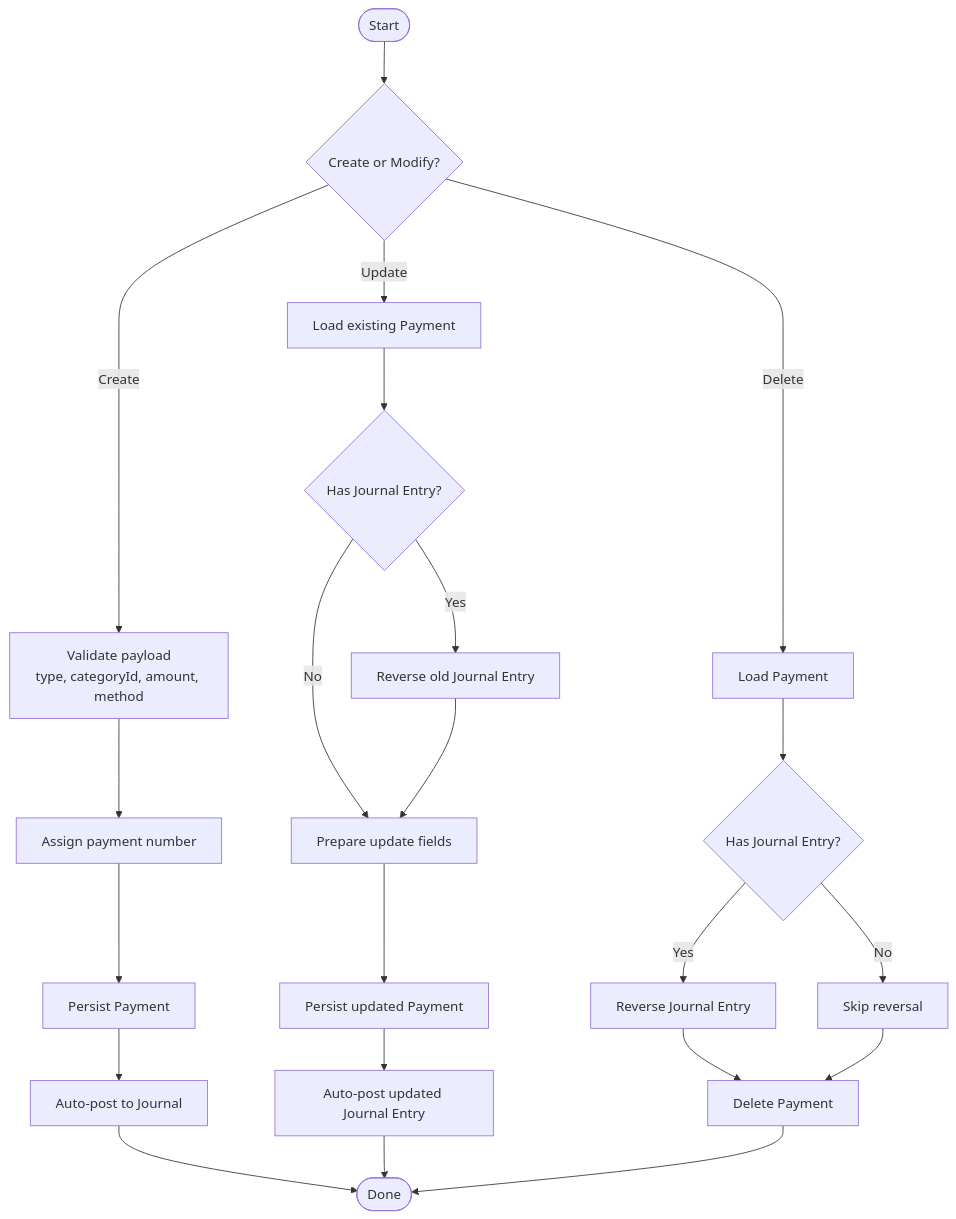
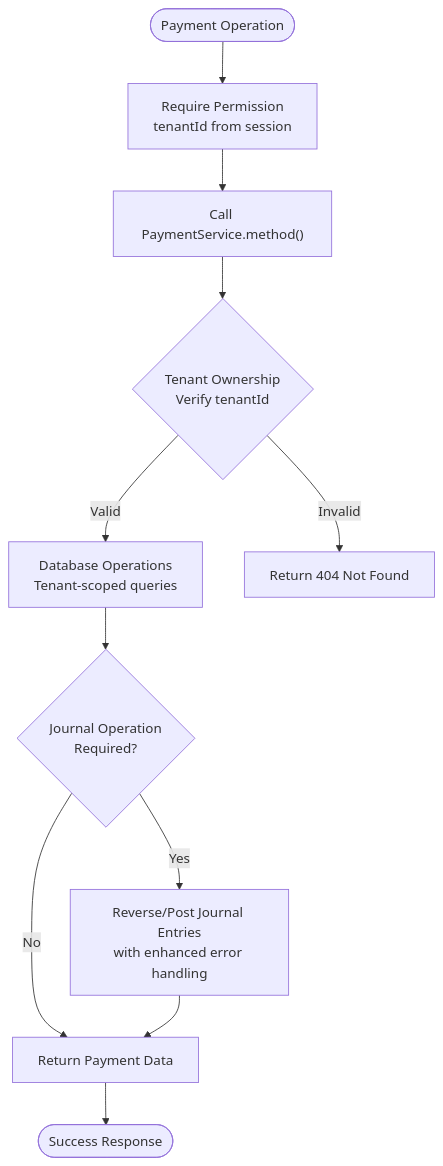
One commit to nzey11/erp-new changed the third of 5 diagrams in .qoder/repowiki/en/content/Finance Module/Payment Processing.md. Above: the diagram before and after it, drawn with Mermaid. The commit also changed other lines of this file and 46 other files, not shown here.

````diff
--- a/.qoder/repowiki/en/content/Finance Module/Payment Processing.md
+++ b/.qoder/repowiki/en/content/Finance Module/Payment Processing.md
@@ -158,24 +212,13 @@
 ```mermaid
 flowchart TD
-Start([Start]) --> CreateOrModify{"Create or Modify?"}
-CreateOrModify --> |Create| ValidateCreate["Validate payload<br/>type, categoryId, amount, method"]
-ValidateCreate --> AssignNumber["Assign payment number"]
-AssignNumber --> PersistCreate["Persist Payment"]
-PersistCreate --> AutoPost["Auto-post to Journal"]
-AutoPost --> Done([Done])
-CreateOrModify --> |Update| LoadExisting["Load existing Payment"]
-LoadExisting --> HasJournal{"Has Journal Entry?"}
-HasJournal --> |Yes| ReverseOld["Reverse old Journal Entry"]
-HasJournal --> |No| PrepareUpdate["Prepare update fields"]
-ReverseOld --> PrepareUpdate
-PrepareUpdate --> PersistUpdate["Persist updated Payment"]
-PersistUpdate --> AutoPostUpdated["Auto-post updated Journal Entry"]
-AutoPostUpdated --> Done
-CreateOrModify --> |Delete| LoadForDelete["Load Payment"]
-LoadForDelete --> HasJournalDel{"Has Journal Entry?"}
-HasJournalDel --> |Yes| ReverseDel["Reverse Journal Entry"]
-HasJournalDel --> |No| SkipReverse["Skip reversal"]
-ReverseDel --> DeleteRecord["Delete Payment"]
-SkipReverse --> DeleteRecord
-DeleteRecord --> Done
+Start([Payment Operation]) --> Auth["Require Permission<br/>tenantId from session"]
+Auth --> ServiceCall["Call PaymentService.method()"]
+ServiceCall --> TenantCheck{"Tenant Ownership<br/>Verify tenantId"}
+TenantCheck --> |Valid| DBOps["Database Operations<br/>Tenant-scoped queries"]
+TenantCheck --> |Invalid| Error404["Return 404 Not Found"]
+DBOps --> JournalOps{"Journal Operation<br/>Required?"}
+JournalOps --> |Yes| JournalPost["Reverse/Post Journal Entries<br/>with enhanced error handling"]
+JournalOps --> |No| ReturnData["Return Payment Data"]
+JournalPost --> ReturnData
+ReturnData --> Success([Success Response])
 ```
````
